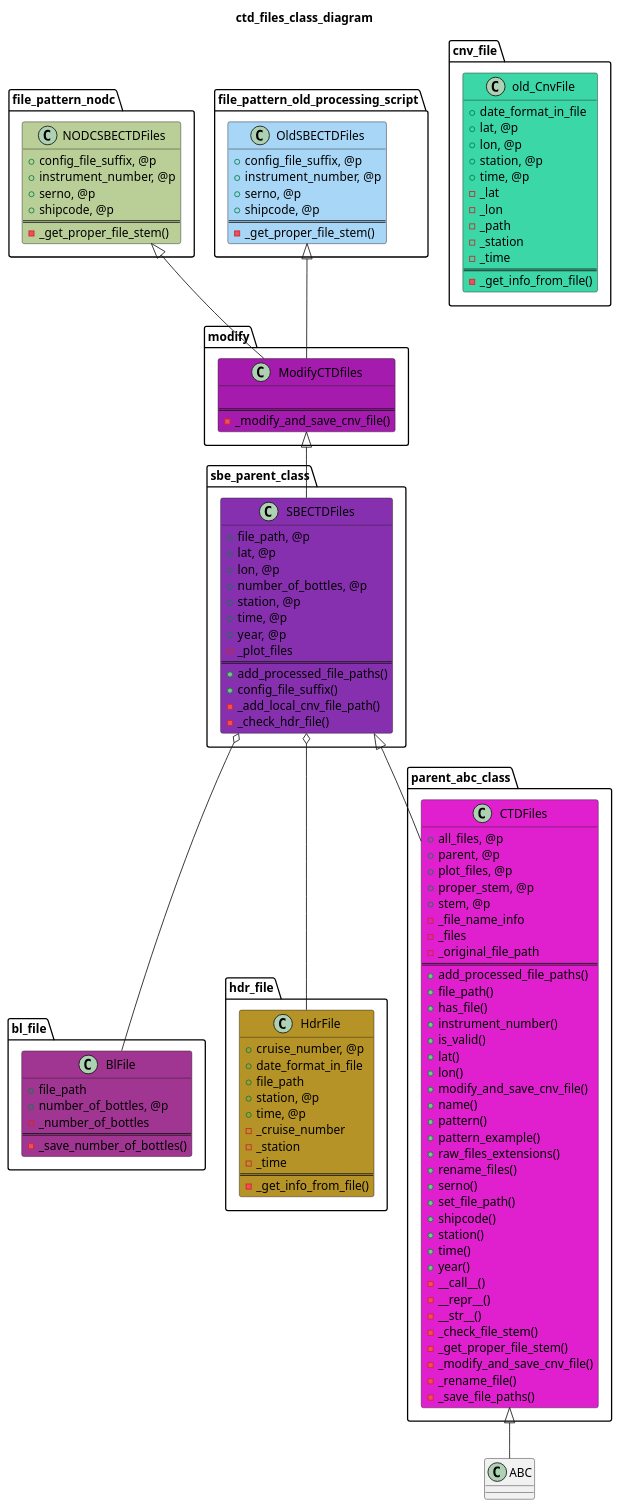
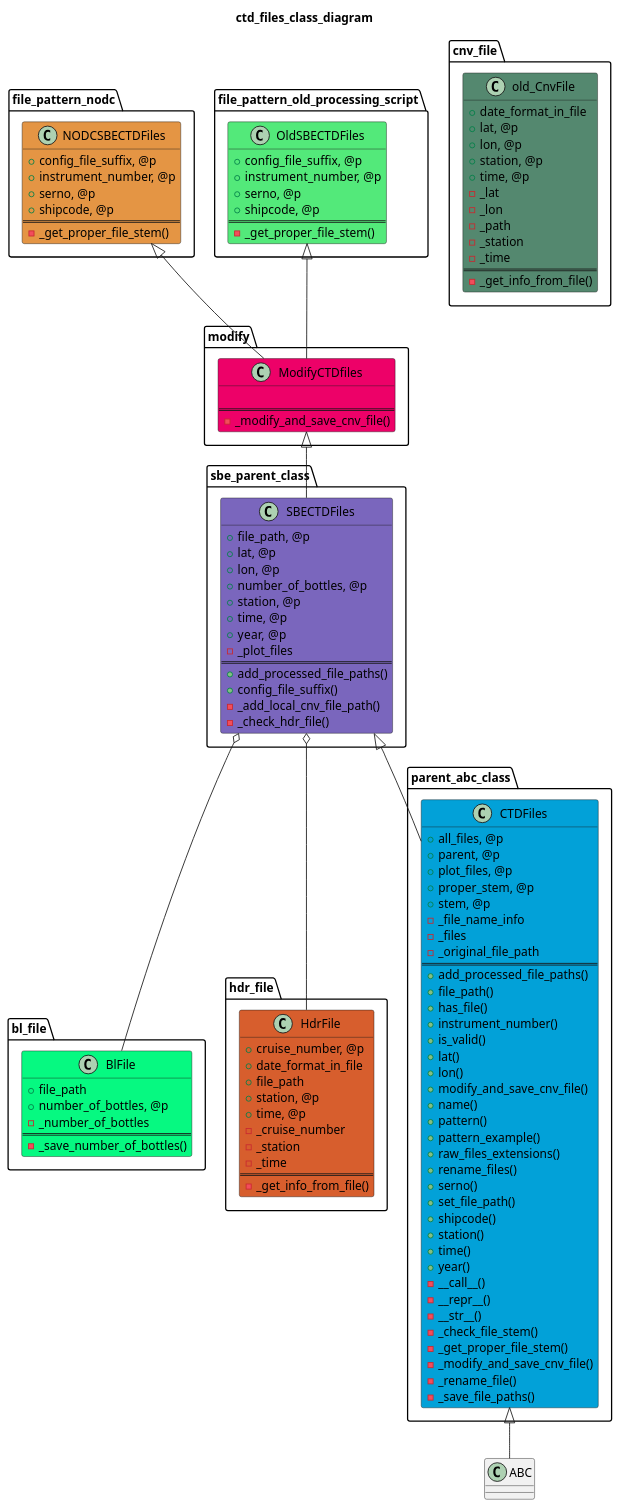
One commit to tunatools/ctd_processing changed the diagram in ctd_processing/ctd_files/ctd_files_class_diagram.plantuml. Above: the diagram before and after it, drawn with PlantUML. The commit also changed 3 other files, not shown here.

Commit message:
added plantuml class diagrams

```diff
--- a/ctd_processing/ctd_files/ctd_files_class_diagram.plantuml
+++ b/ctd_processing/ctd_files/ctd_files_class_diagram.plantuml
@@ -1,134 +1,134 @@
 @startuml
 
 title ctd_files_class_diagram
 
-class bl_file.BlFile #A13592 {
+class bl_file.BlFile #06F981 {
 	+file_path
 	+number_of_bottles, @p
 	-_number_of_bottles
 ==
 	-_save_number_of_bottles()
 }
 
-class cnv_file.old_CnvFile #3CD7A6 {
+class cnv_file.old_CnvFile #54886F {
 	+date_format_in_file
 	+lat, @p
 	+lon, @p
 	+station, @p
 	+time, @p
 	-_lat
 	-_lon
 	-_path
 	-_station
 	-_time
 ==
 	-_get_info_from_file()
 }
 
-class file_pattern_nodc.NODCSBECTDFiles #BACF98 {
+class file_pattern_nodc.NODCSBECTDFiles #E49544 {
 	+config_file_suffix, @p
 	+instrument_number, @p
 	+serno, @p
 	+shipcode, @p
 ==
 	-_get_proper_file_stem()
 }
 
-class file_pattern_old_processing_script.OldSBECTDFiles #A8D6F6 {
+class file_pattern_old_processing_script.OldSBECTDFiles #53E97A {
 	+config_file_suffix, @p
 	+instrument_number, @p
 	+serno, @p
 	+shipcode, @p
 ==
 	-_get_proper_file_stem()
 }
 
-class hdr_file.HdrFile #B69326 {
+class hdr_file.HdrFile #D75E2D {
 	+cruise_number, @p
 	+date_format_in_file
 	+file_path
 	+station, @p
 	+time, @p
 	-_cruise_number
 	-_station
 	-_time
 ==
 	-_get_info_from_file()
 }
 
-class modify.ModifyCTDfiles #A51BAD {
+class modify.ModifyCTDfiles #ED0168 {
 	
 ==
 	-_modify_and_save_cnv_file()
 }
 
-class parent_abc_class.CTDFiles #E020CE {
+class parent_abc_class.CTDFiles #02A1D8 {
 	+all_files, @p
 	+parent, @p
 	+plot_files, @p
 	+proper_stem, @p
 	+stem, @p
 	-_file_name_info
 	-_files
 	-_original_file_path
 ==
 	+add_processed_file_paths()
 	+file_path()
 	+has_file()
 	+instrument_number()
 	+is_valid()
 	+lat()
 	+lon()
 	+modify_and_save_cnv_file()
 	+name()
 	+pattern()
 	+pattern_example()
 	+raw_files_extensions()
 	+rename_files()
 	+serno()
 	+set_file_path()
 	+shipcode()
 	+station()
 	+time()
 	+year()
 	-__call__()
 	-__repr__()
 	-__str__()
 	-_check_file_stem()
 	-_get_proper_file_stem()
 	-_modify_and_save_cnv_file()
 	-_rename_file()
 	-_save_file_paths()
 }
 
-class sbe_parent_class.SBECTDFiles #8730AF {
+class sbe_parent_class.SBECTDFiles #7A66BD {
 	+file_path, @p
 	+lat, @p
 	+lon, @p
 	+number_of_bottles, @p
 	+station, @p
 	+time, @p
 	+year, @p
 	-_plot_files
 ==
 	+add_processed_file_paths()
 	+config_file_suffix()
 	-_add_local_cnv_file_path()
 	-_check_hdr_file()
 }
 
 
 parent_abc_class.CTDFiles <|-- ABC
 
 file_pattern_nodc.NODCSBECTDFiles <|-- modify.ModifyCTDfiles
 
 file_pattern_old_processing_script.OldSBECTDFiles <|-- modify.ModifyCTDfiles
 
 modify.ModifyCTDfiles <|-- sbe_parent_class.SBECTDFiles
 
 sbe_parent_class.SBECTDFiles <|-- parent_abc_class.CTDFiles
 
 sbe_parent_class.SBECTDFiles o-- bl_file.BlFile
 sbe_parent_class.SBECTDFiles o-- hdr_file.HdrFile
 
 @enduml
```
